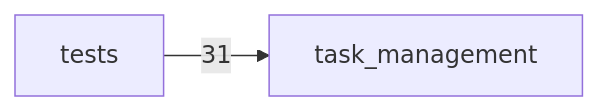
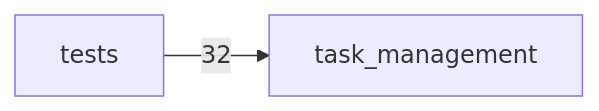
The diagram in docs/codeboarding/module-map.md (KOBIC-KBDS/task-management-clean-public), drawn with Mermaid before and after one commit. The commit also changed other lines of this file and 17 other files, not shown here.

````diff
--- a/docs/codeboarding/module-map.md
+++ b/docs/codeboarding/module-map.md
@@ -9,4 +9,4 @@
 ```mermaid
 flowchart LR
-  src_tests["tests"] -->|31| dst_task_management["task_management"]
+  src_tests["tests"] -->|32| dst_task_management["task_management"]
 ```
````
